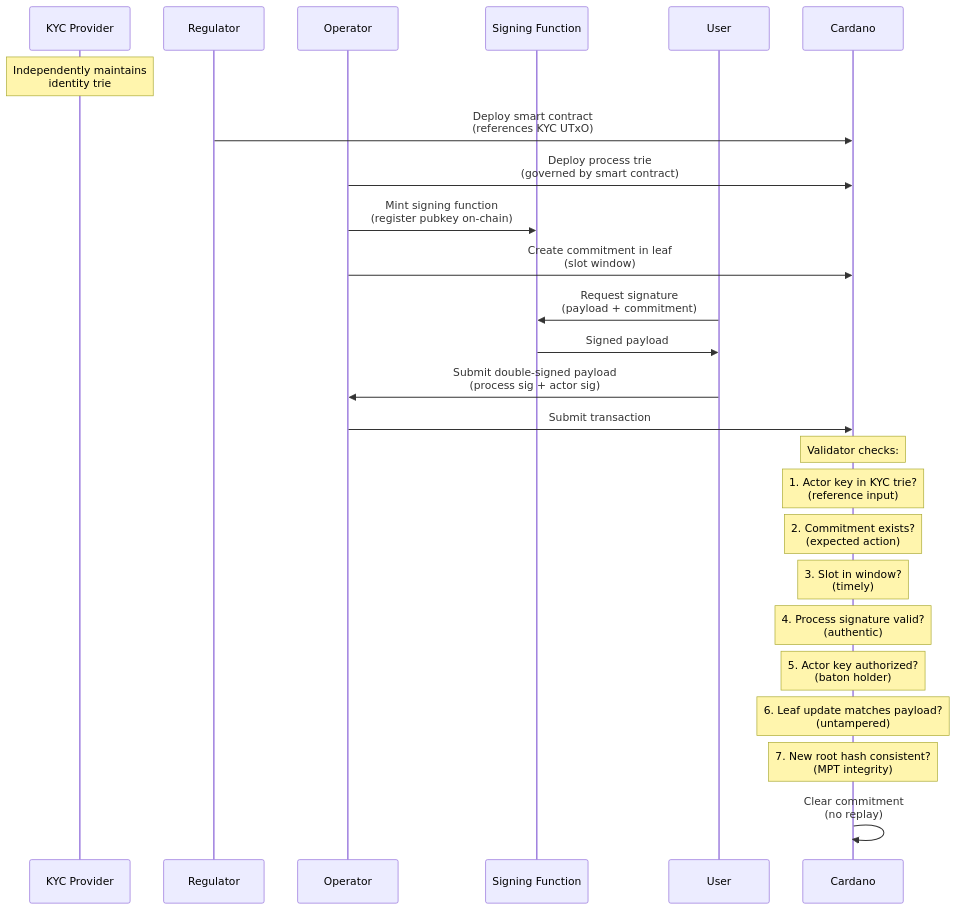
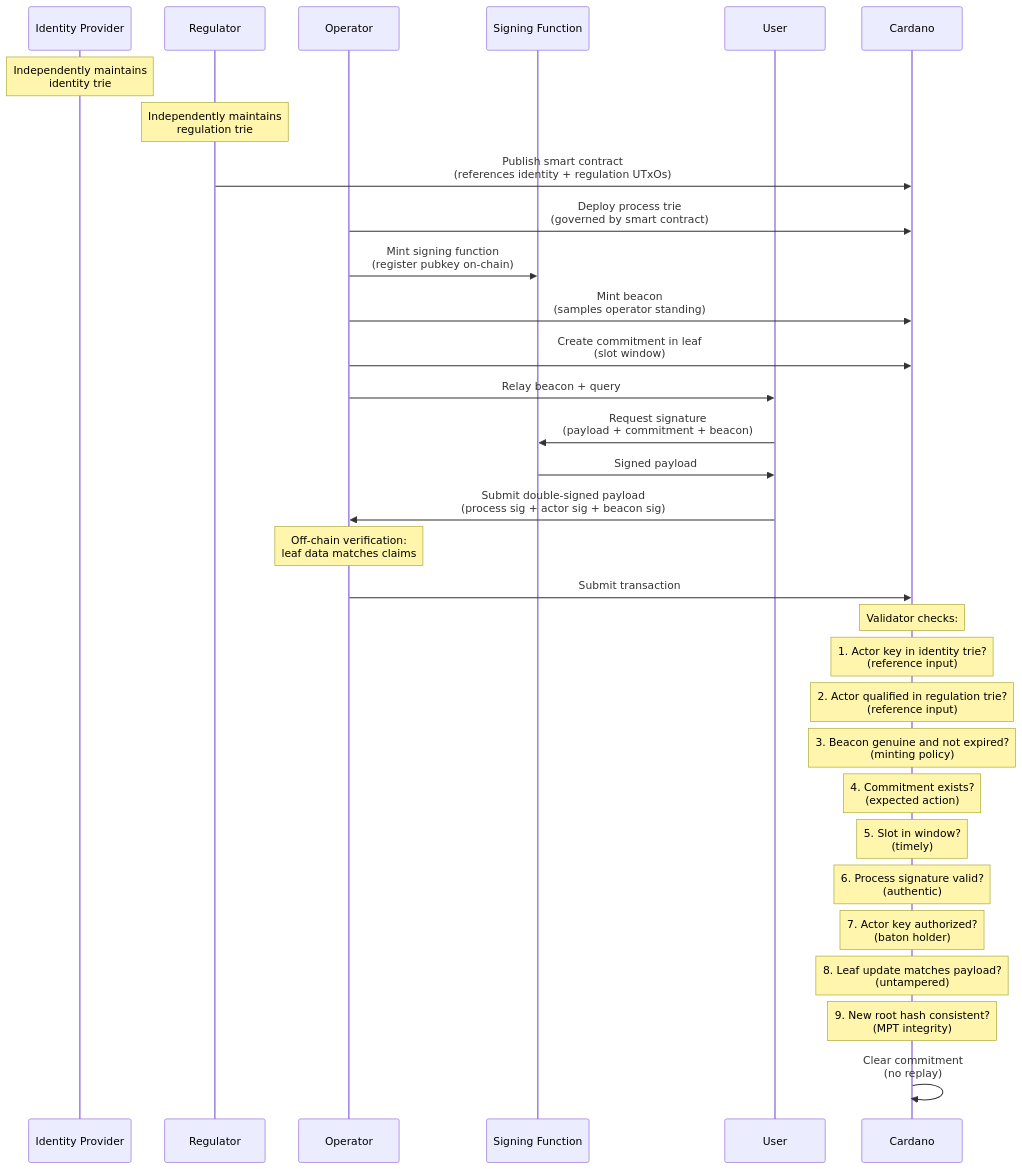
One commit to lambdasistemi/cardano-for-regulators changed the fifth of 20 diagrams in docs/framework/schema.md. Above: the diagram before and after it, drawn with Mermaid. The commit also changed other lines of this file and 8 other files, not shown here.

First line of the commit message:
Fix mermaid HTML labels and deploy on every push (#5)

````diff
--- a/docs/framework/schema.md
+++ b/docs/framework/schema.md
@@ -85,36 +188,46 @@
 ```mermaid
 sequenceDiagram
-    participant KP as KYC Provider
+    participant KP as Identity Provider
     participant R as Regulator
     participant O as Operator
     participant SF as Signing Function
     participant U as User
     participant C as Cardano
 
     Note over KP: Independently maintains<br/>identity trie
 
-    R->>C: Deploy smart contract<br/>(references KYC UTxO)
+    Note over R: Independently maintains<br/>regulation trie
+
+    R->>C: Publish smart contract<br/>(references identity + regulation UTxOs)
 
     O->>C: Deploy process trie<br/>(governed by smart contract)
     O->>SF: Mint signing function<br/>(register pubkey on-chain)
 
+    O->>C: Mint beacon<br/>(samples operator standing)
+
     O->>C: Create commitment in leaf<br/>(slot window)
 
-    U->>SF: Request signature<br/>(payload + commitment)
+    O->>U: Relay beacon + query
+
+    U->>SF: Request signature<br/>(payload + commitment + beacon)
     SF->>U: Signed payload
 
-    U->>O: Submit double-signed payload<br/>(process sig + actor sig)
+    U->>O: Submit double-signed payload<br/>(process sig + actor sig + beacon sig)
+
+    Note over O: Off-chain verification:<br/>leaf data matches claims
 
     O->>C: Submit transaction
 
     Note over C: Validator checks:
-    Note over C: 1. Actor key in KYC trie?<br/>(reference input)
-    Note over C: 2. Commitment exists?<br/>(expected action)
-    Note over C: 3. Slot in window?<br/>(timely)
-    Note over C: 4. Process signature valid?<br/>(authentic)
-    Note over C: 5. Actor key authorized?<br/>(baton holder)
-    Note over C: 6. Leaf update matches payload?<br/>(untampered)
-    Note over C: 7. New root hash consistent?<br/>(MPT integrity)
+    Note over C: 1. Actor key in identity trie?<br/>(reference input)
+    Note over C: 2. Actor qualified in regulation trie?<br/>(reference input)
+    Note over C: 3. Beacon genuine and not expired?<br/>(minting policy)
+    Note over C: 4. Commitment exists?<br/>(expected action)
+    Note over C: 5. Slot in window?<br/>(timely)
+    Note over C: 6. Process signature valid?<br/>(authentic)
+    Note over C: 7. Actor key authorized?<br/>(baton holder)
+    Note over C: 8. Leaf update matches payload?<br/>(untampered)
+    Note over C: 9. New root hash consistent?<br/>(MPT integrity)
 
     C->>C: Clear commitment<br/>(no replay)
 ```
````
